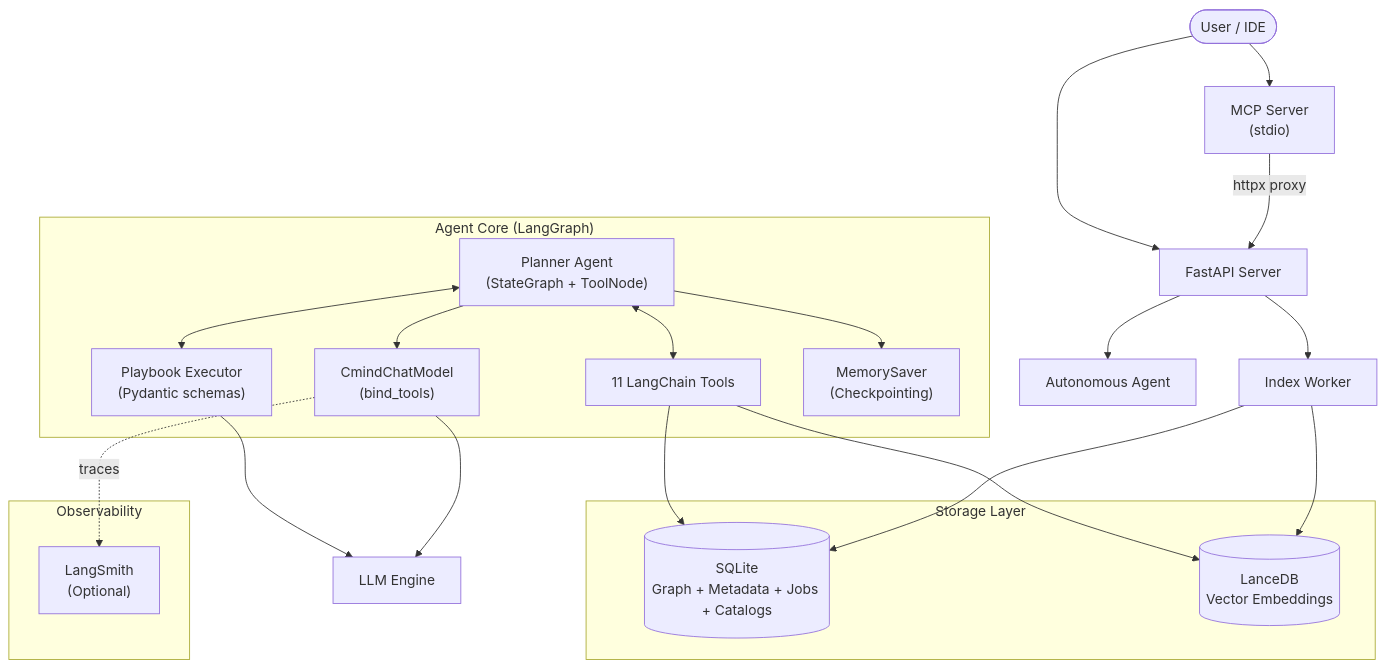
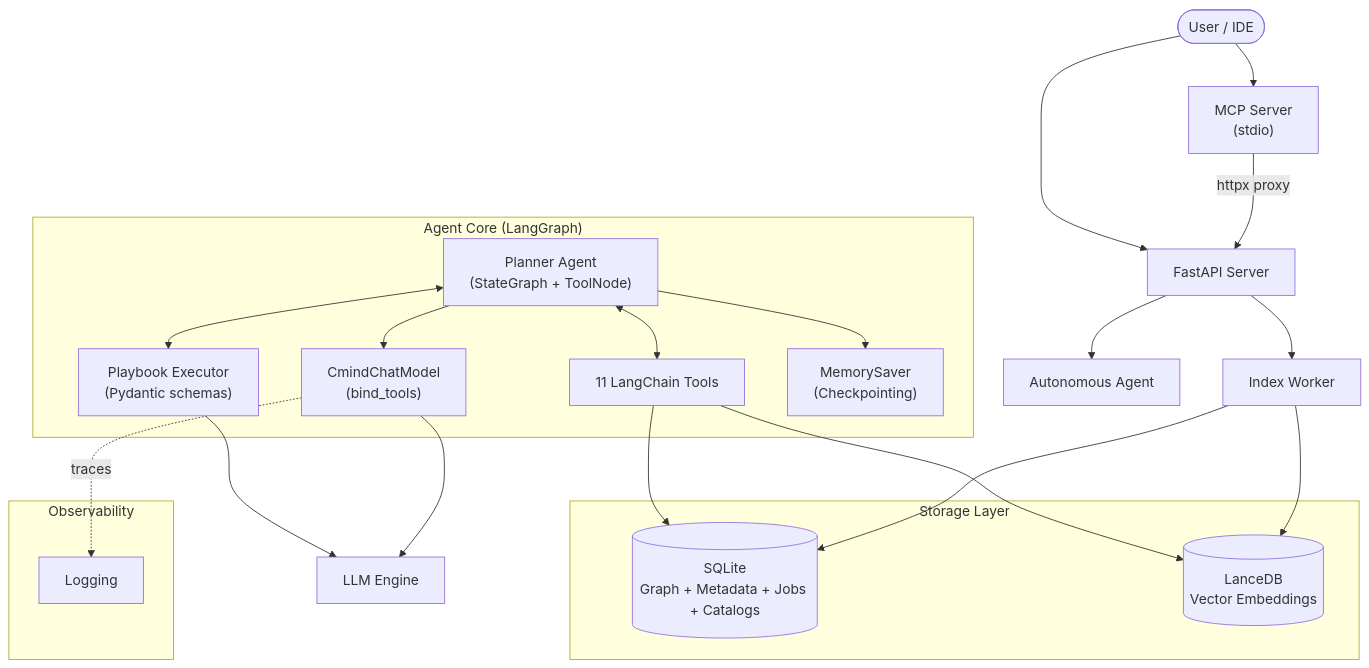
Before and after one commit to roshinpv1/cmind: the diagram in README.md, drawn with Mermaid. The commit also changed other lines of this file and 2 other files, not shown here.

````diff
--- a/README.md
+++ b/README.md
@@ -220,34 +208,34 @@
 ```mermaid
 graph TD
     User([User / IDE]) --> MCP["MCP Server<br/>(stdio)"]
     User --> API[FastAPI Server]
     MCP -->|httpx proxy| API
     API --> Agent[Autonomous Agent]
     API --> Worker[Index Worker]
     
     subgraph "Agent Core (LangGraph)"
         Planner["Planner Agent<br/>(StateGraph + ToolNode)"] <--> Executor["Playbook Executor<br/>(Pydantic schemas)"]
         Planner <--> Tools["11 LangChain Tools"]
         Planner --> CM["CmindChatModel<br/>(bind_tools)"]
         Planner --> CP["MemorySaver<br/>(Checkpointing)"]
     end
     
     subgraph "Storage Layer"
         SQLite[("SQLite<br/>Graph + Metadata + Jobs + Catalogs")]
         LanceDB[("LanceDB<br/>Vector Embeddings")]
     end
     
     Tools --> SQLite
     Tools --> LanceDB
     Worker --> SQLite
     Worker --> LanceDB
     
     Executor --> LLM[LLM Engine]
     CM --> LLM
     
     subgraph "Observability"
-        LS["LangSmith<br/>(Optional)"]
+        LS["Logging"]
     end
     
     CM -.->|traces| LS
 ```
````
